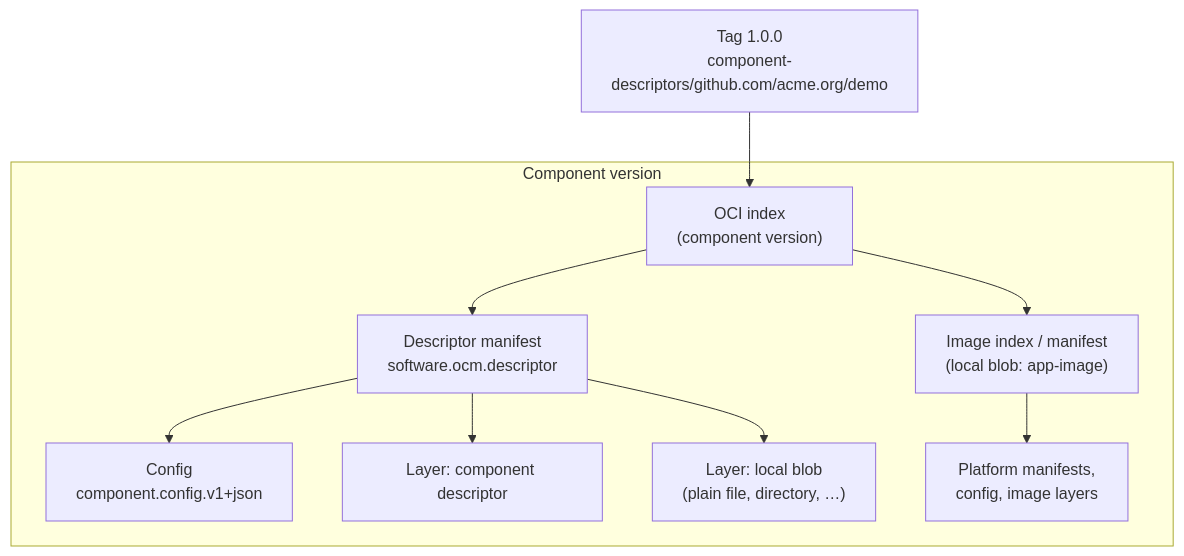
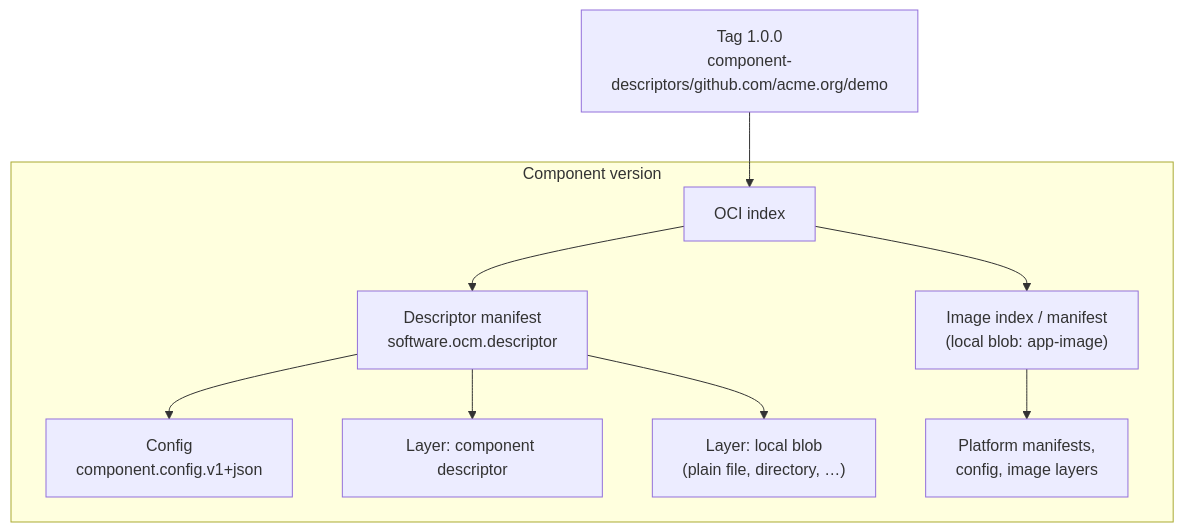
Before and after one commit to open-component-model/open-component-model: the second of 2 diagrams in website/content/docs/concepts/component-storage.md, drawn with Mermaid. The commit also changed other lines of this file, not shown here.

First line of the commit message:
docs(concepts): show manifest and index storage forms as tabs

````diff
--- a/website/content/docs/concepts/component-storage.md
+++ b/website/content/docs/concepts/component-storage.md
@@ -35,14 +61,14 @@
 ```mermaid
 flowchart TD
     tag["Tag 1.0.0<br/>component-descriptors/github.com/acme.org/demo"] --> idx
 
     subgraph cv["Component version"]
-        idx["OCI index<br/>(component version)"]
+        idx["OCI index"]
         idx --> dm["Descriptor manifest<br/>software.ocm.descriptor"]
         idx --> img["Image index / manifest<br/>(local blob: app-image)"]
         dm --> cfg["Config<br/>component.config.v1+json"]
         dm --> cd["Layer: component descriptor"]
         dm --> lb["Layer: local blob<br/>(plain file, directory, …)"]
         img --> imgm["Platform manifests,<br/>config, image layers"]
     end
 ```
````
